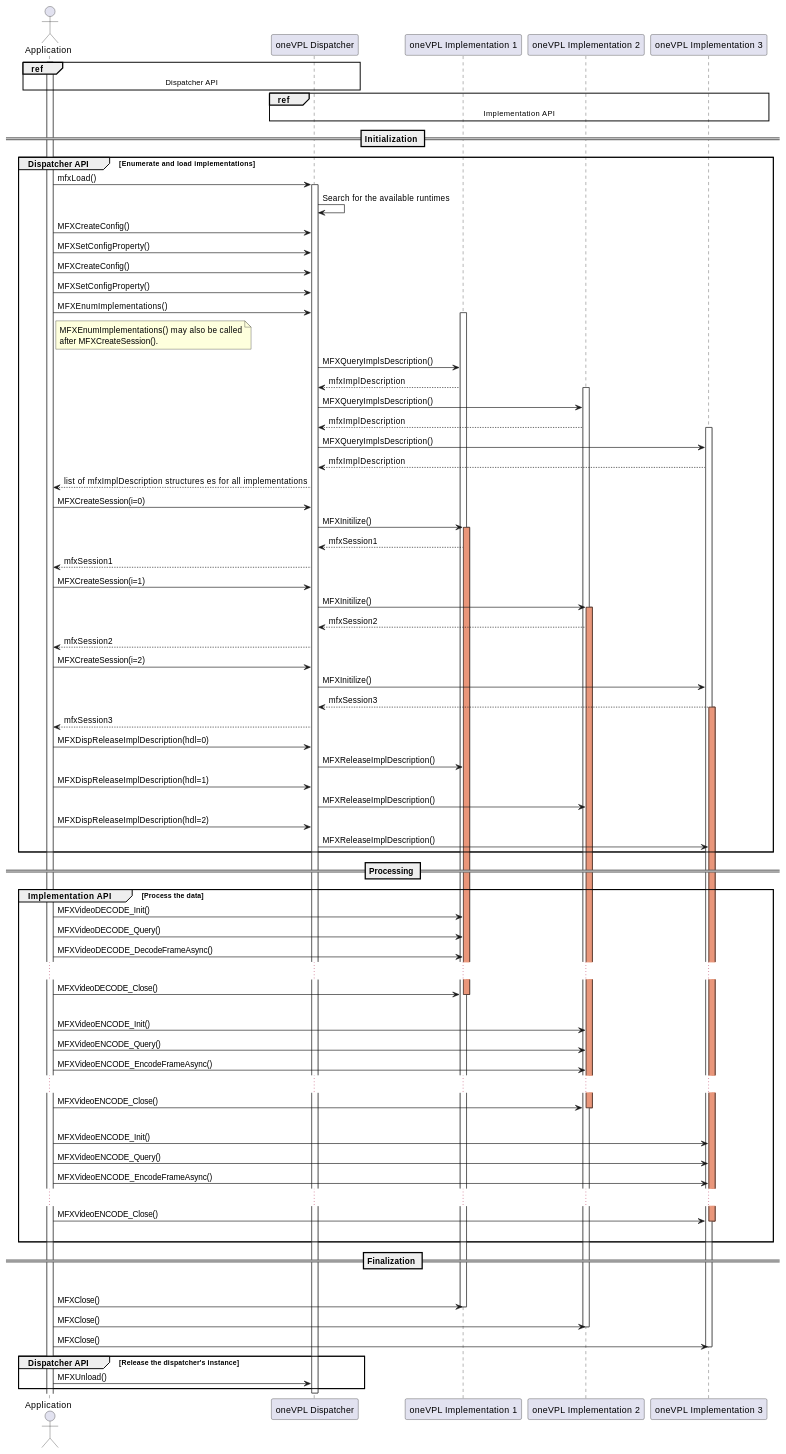
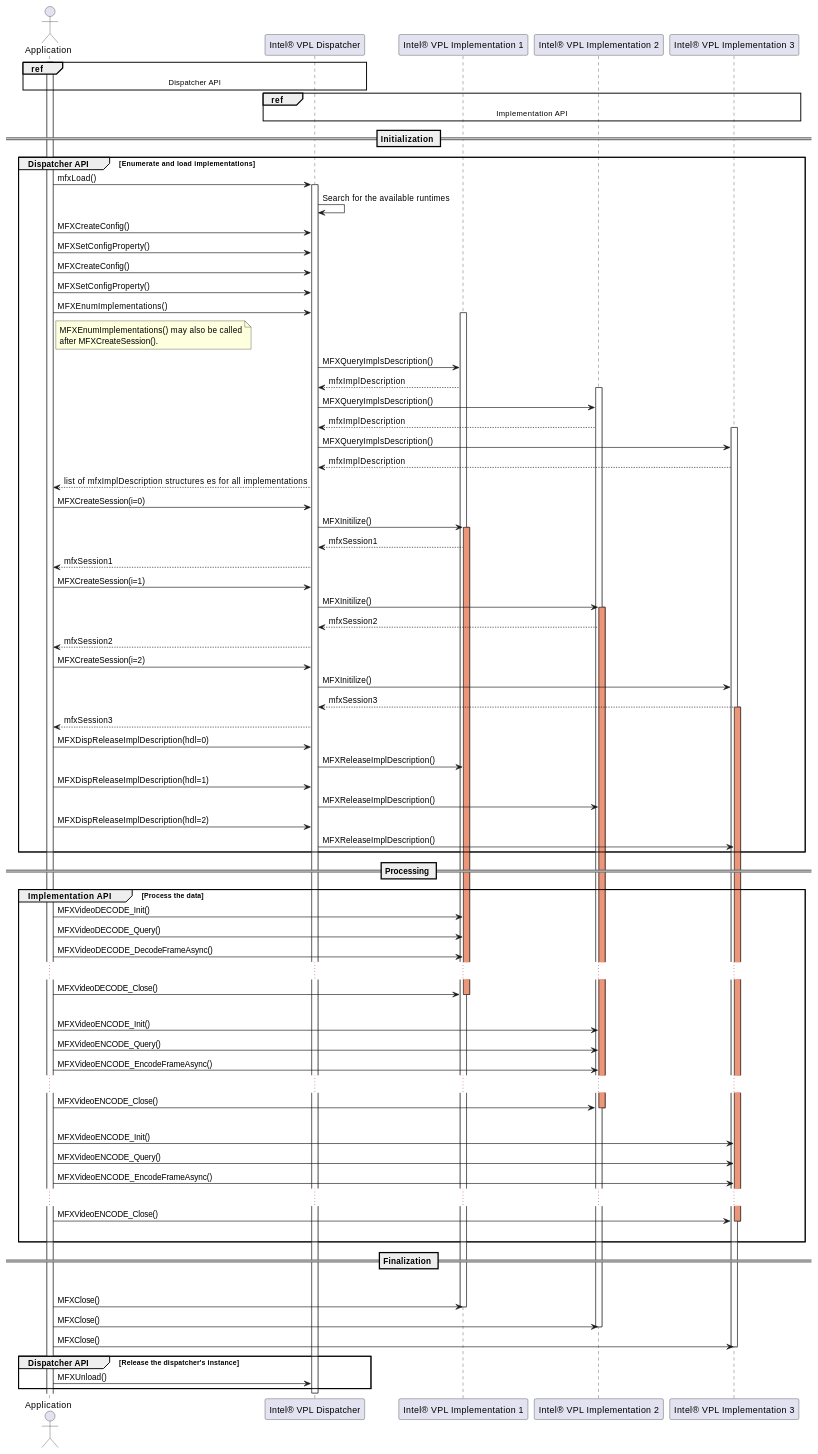
The first of 2 diagrams in doc/spec/source/programming_guide/VPL_prg_session.rst (intel/libvpl), drawn with PlantUML before and after one commit. The commit also changed other lines of this file and 171 other files, not shown here.

```diff
--- a/doc/spec/source/programming_guide/VPL_prg_session.rst
+++ b/doc/spec/source/programming_guide/VPL_prg_session.rst
@@ -501,10 +502,10 @@
 
    @startuml
    actor Application as A
-   participant "oneVPL Dispatcher" as D
-   participant "oneVPL Implementation 1" as I1
-   participant "oneVPL Implementation 2" as I2
-   participant "oneVPL Implementation 3" as I3
+   participant "Intel® VPL Dispatcher" as D
+   participant "Intel® VPL Implementation 1" as I1
+   participant "Intel® VPL Implementation 2" as I2
+   participant "Intel® VPL Implementation 3" as I3
 
    ref over A, D : Dispatcher API
    ref over D, I1, I2, I3 : Implementation API
```
